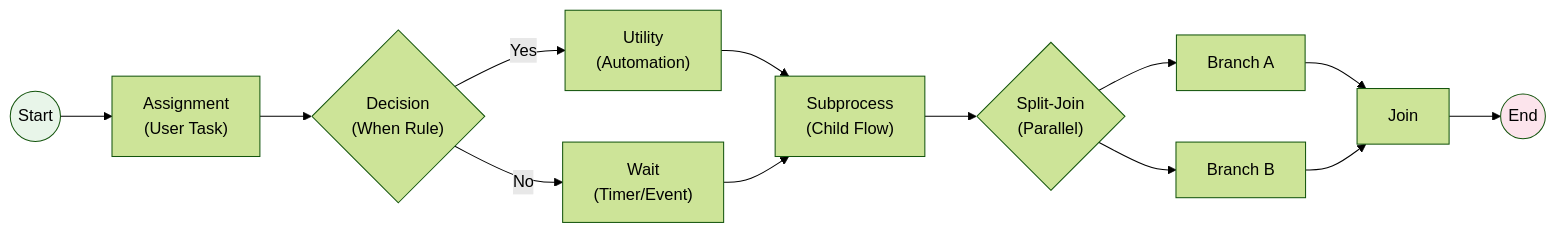
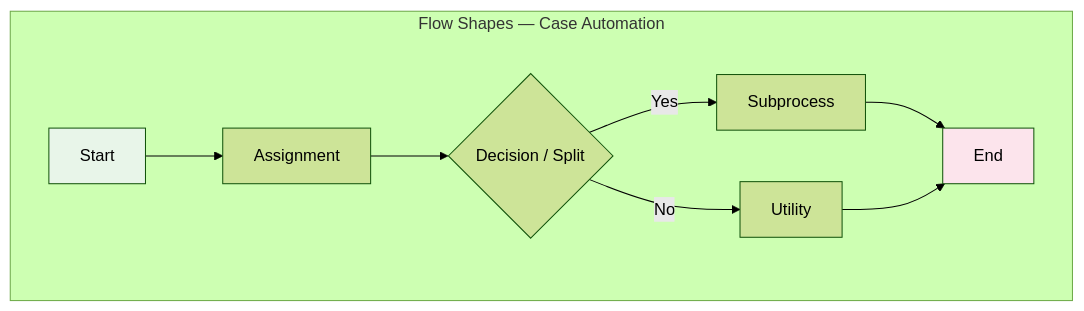
One commit to pratham-vishk/pega-interview-romance-guide changed the diagram in pega-interview-prep/diagrams/03-flow-shapes.mmd. Above: the diagram before and after it, drawn with Mermaid (forest theme). The commit also changed 46 other files, not shown here.

First line of the commit message:
Ultra comprehensive edition: expand all 473 subtopics, fix diagram page-fit

```diff
--- a/pega-interview-prep/diagrams/03-flow-shapes.mmd
+++ b/pega-interview-prep/diagrams/03-flow-shapes.mmd
@@ -1,16 +1,12 @@
-flowchart LR
-    START((Start)) --> ASSIGN["Assignment\n(User Task)"]
-    ASSIGN --> DEC{"Decision\n(When Rule)"}
-    DEC -->|Yes| UTIL["Utility\n(Automation)"]
-    DEC -->|No| WAIT["Wait\n(Timer/Event)"]
-    UTIL --> SUB["Subprocess\n(Child Flow)"]
-    WAIT --> SUB
-    SUB --> SPLIT{"Split-Join\n(Parallel)"}
-    SPLIT --> SJ1["Branch A"]
-    SPLIT --> SJ2["Branch B"]
-    SJ1 --> JOIN["Join"]
-    SJ2 --> JOIN
-    JOIN --> END((End))
+flowchart TD
+    subgraph shapes["Flow Shapes — Case Automation"]
+        S["Start"] --> A["Assignment"]
+        A --> D{"Decision / Split"}
+        D -->|Yes| P["Subprocess"]
+        D -->|No| U["Utility"]
+        P --> E["End"]
+        U --> E
+    end
 
-    style START fill:#e8f5e9
-    style END fill:#fce4ec
+    style S fill:#e8f5e9
+    style E fill:#fce4ec
```
